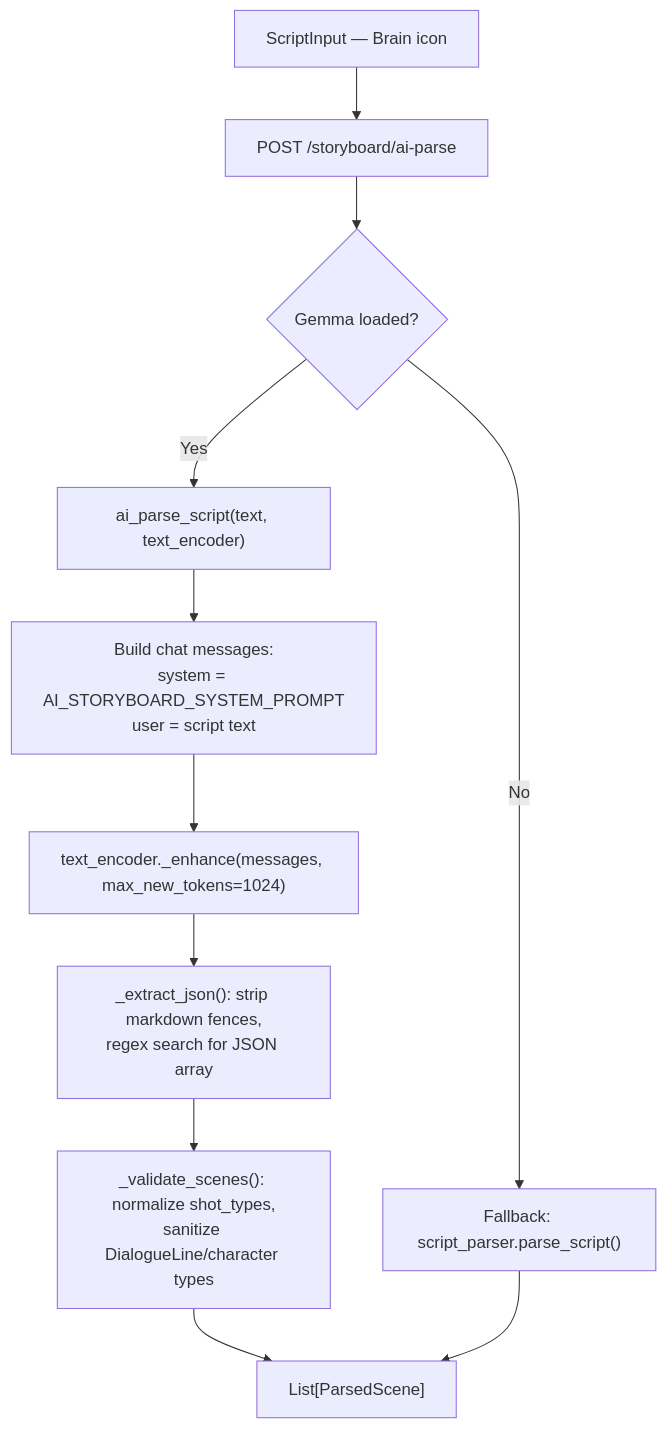
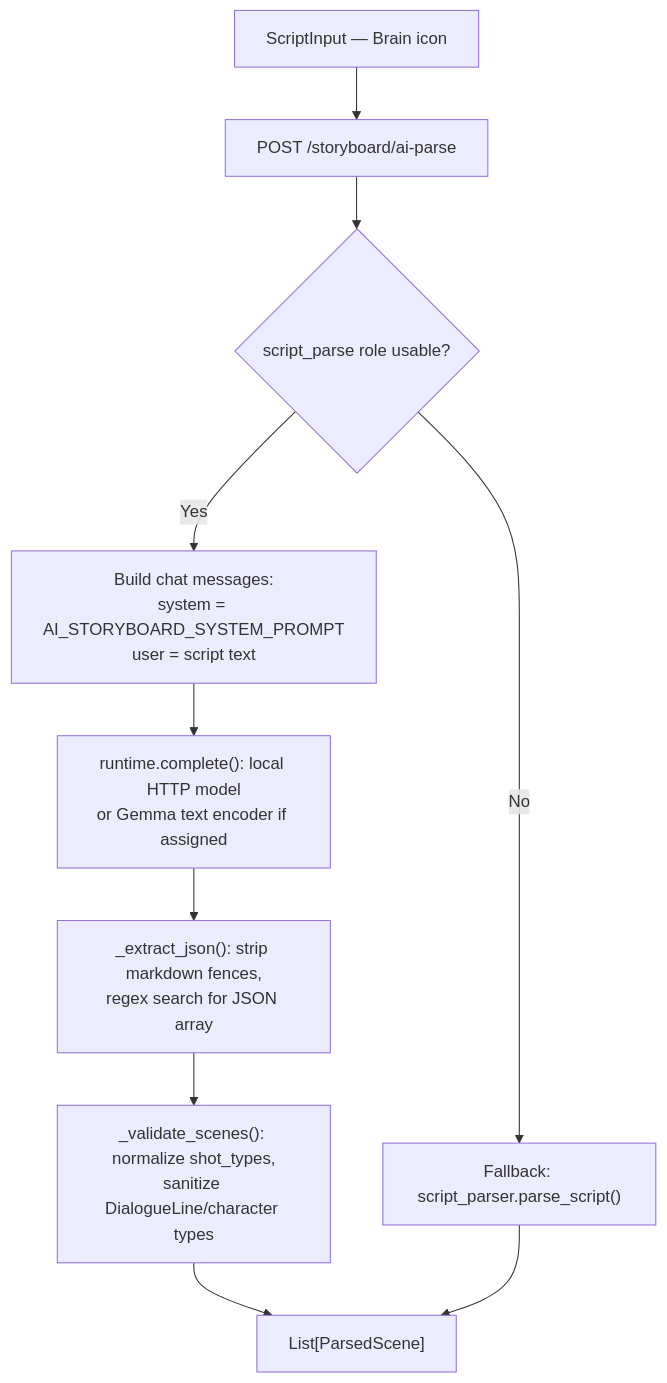
Before and after one commit to mainza-ai/milimovideo: the seventh of 8 diagrams in docs/03_ai_pipelines.md, drawn with Mermaid. The commit also changed other lines of this file and 16 other files, not shown here.

````diff
--- a/docs/03_ai_pipelines.md
+++ b/docs/03_ai_pipelines.md
@@ -534,15 +619,13 @@
 ```mermaid
 flowchart TD
     UI[ScriptInput — Brain icon] --> API["POST /storyboard/ai-parse"]
-    API --> CHECK{Gemma loaded?}
-    CHECK -->|Yes| GEMMA["ai_parse_script(text, text_encoder)"]
+    API --> CHECK{"script_parse" role usable?}
     CHECK -->|No| REGEX["Fallback: script_parser.parse_script()"]
-    
-    GEMMA --> BUILD["Build chat messages:<br/>system = AI_STORYBOARD_SYSTEM_PROMPT<br/>user = script text"]
-    BUILD --> ENHANCE["text_encoder._enhance(messages, max_new_tokens=1024)"]
+    CHECK -->|Yes| BUILD["Build chat messages:<br/>system = AI_STORYBOARD_SYSTEM_PROMPT<br/>user = script text"]
+    BUILD --> ENHANCE["runtime.complete(): local HTTP model<br/>or Gemma text encoder if assigned"]
     ENHANCE --> EXTRACT["_extract_json(): strip markdown fences,<br/>regex search for JSON array"]
     EXTRACT --> VALIDATE["_validate_scenes(): normalize shot_types,<br/>sanitize DialogueLine/character types"]
     
     VALIDATE --> RETURN["List[ParsedScene]"]
     REGEX --> RETURN
 ```
````
